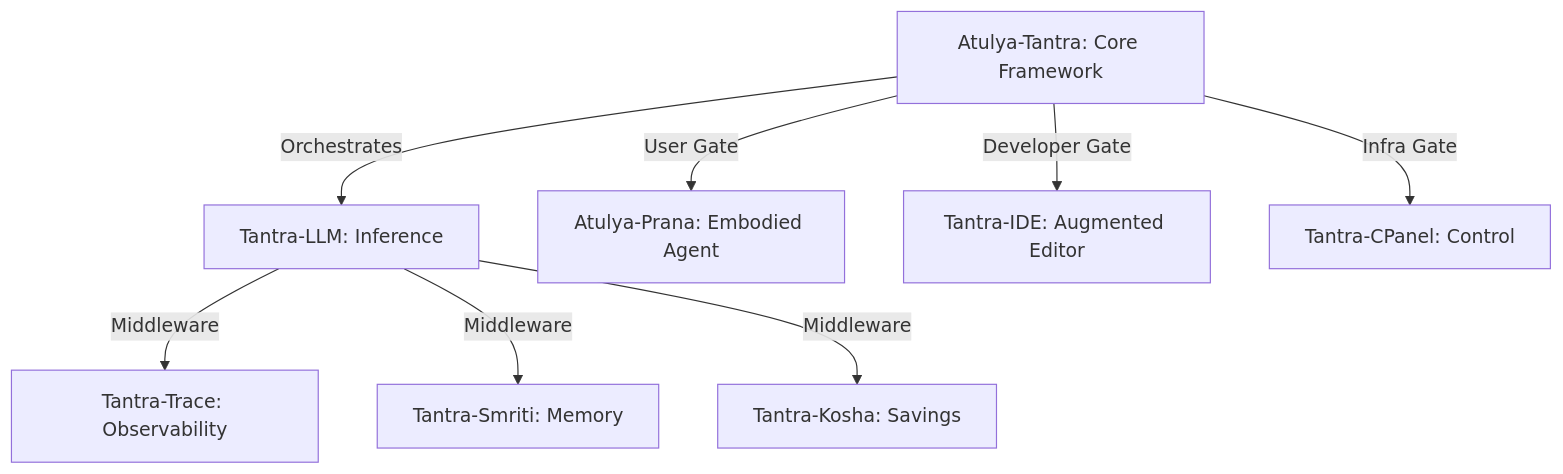
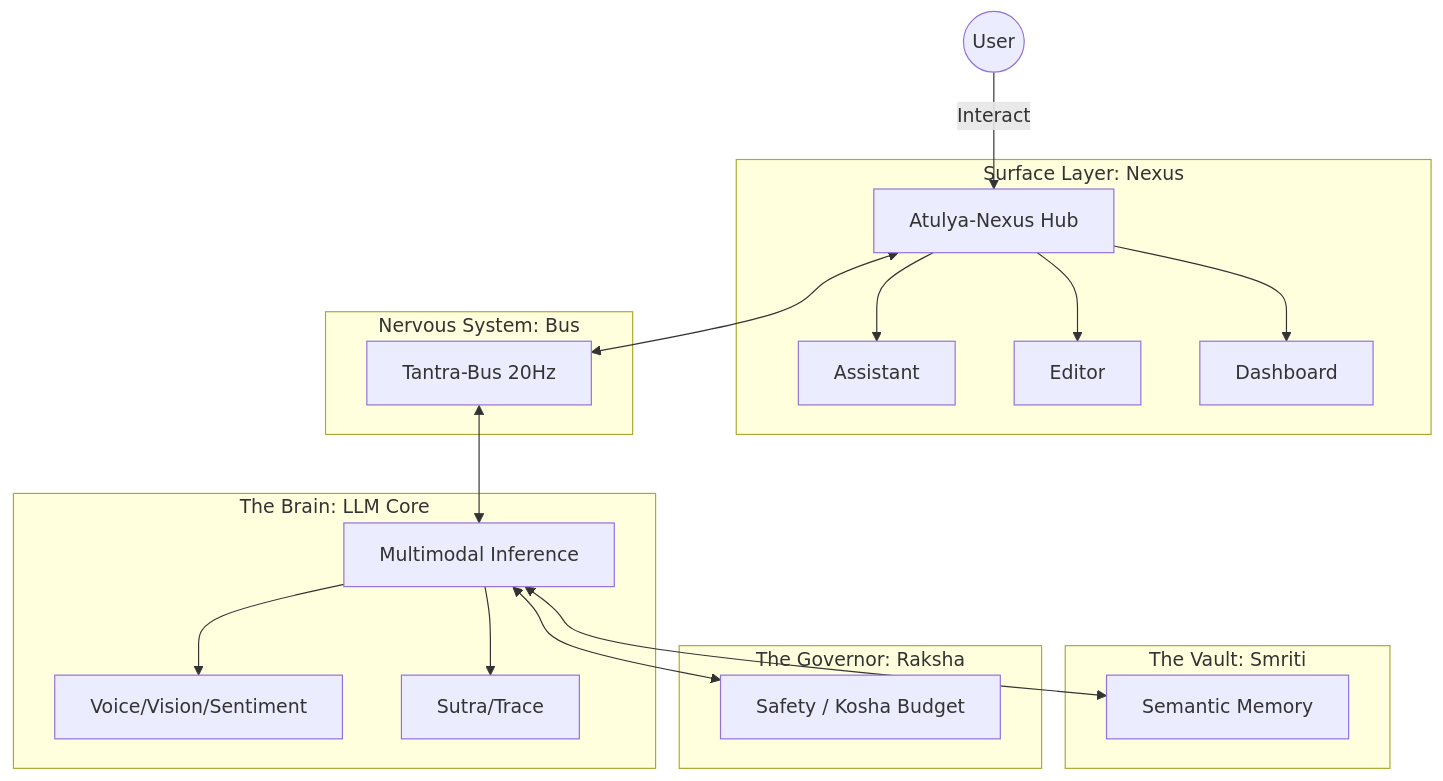
One commit to atulyaai/Atulya-Tantra changed the diagram in README.md. Above: the diagram before and after it, drawn with Mermaid. The commit also changed other lines of this file and 11 other files, not shown here.

````diff
--- a/README.md
+++ b/README.md
@@ -44,11 +46,33 @@
 ```mermaid
 graph TD
-    Root[Atulya-Tantra: Core Framework] -->|Orchestrates| LLM[Tantra-LLM: Inference]
-    LLM -->|Middleware| Trace[Tantra-Trace: Observability]
-    LLM -->|Middleware| Smriti[Tantra-Smriti: Memory]
-    LLM -->|Middleware| Kosha[Tantra-Kosha: Savings]
+    User((User)) -->|Interact| Nexus[Atulya-Nexus Hub]
     
-    Root -->|User Gate| Prana[Atulya-Prana: Embodied Agent]
-    Root -->|Developer Gate| IDE[Tantra-IDE: Augmented Editor]
-    Root -->|Infra Gate| CPanel[Tantra-CPanel: Control]
+    subgraph "Surface Layer: Nexus"
+        Nexus --> Prana[Assistant]
+        Nexus --> IDE[Editor]
+        Nexus --> Web[Dashboard]
+    end
+
+    subgraph "The Brain: LLM Core"
+        LLM[Multimodal Inference]
+        LLM --> Sensory[Voice/Vision/Sentiment]
+        LLM --> Logic[Sutra/Trace]
+    end
+
+    subgraph "The Vault: Smriti"
+        Vault[Semantic Memory]
+    end
+
+    subgraph "The Governor: Raksha"
+        Law[Safety / Kosha Budget]
+    end
+
+    subgraph "Nervous System: Bus"
+        Bus[Tantra-Bus 20Hz]
+    end
+
+    Nexus <--> Bus
+    Bus <--> LLM
+    LLM <--> Vault
+    LLM <--> Law
 ```
````
